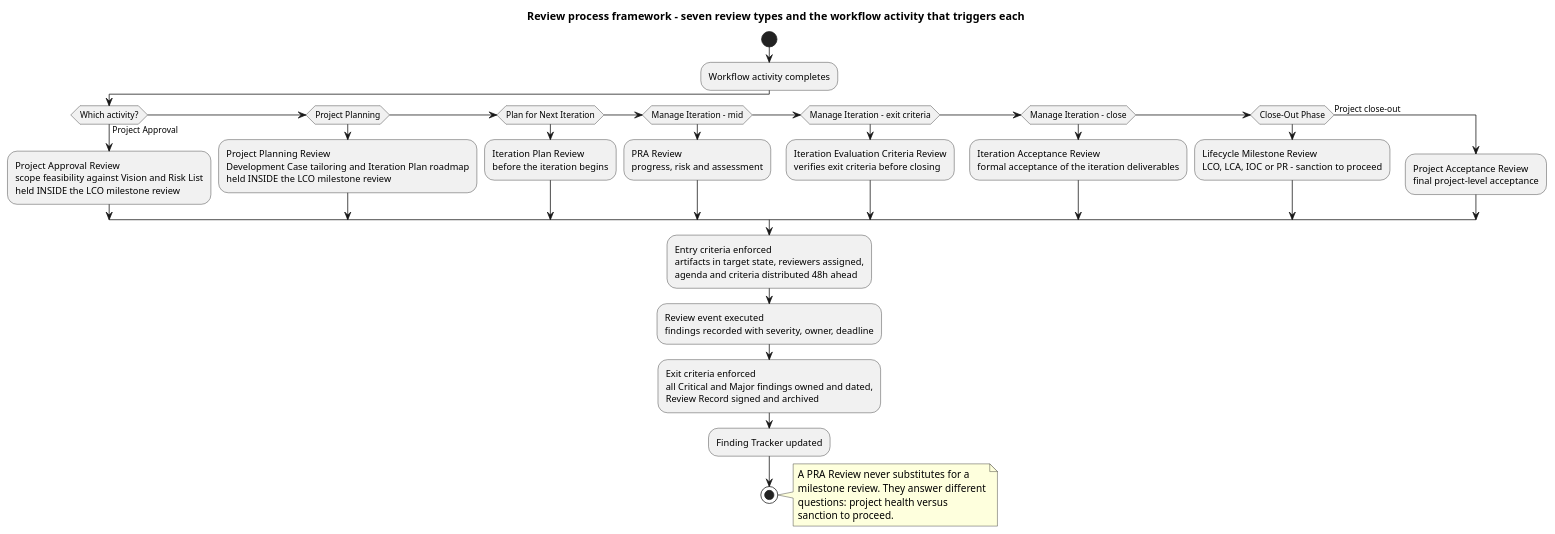
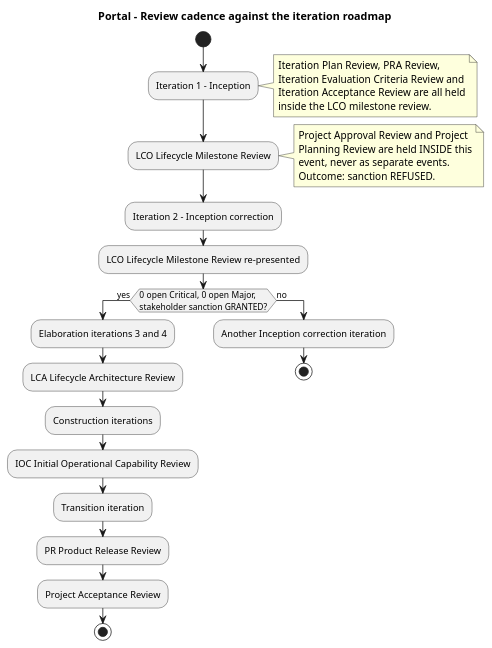
Before and after one commit to banense-test/portal: the fifth of 19 diagrams in docs/artifacts/project-management/review-record.md, drawn with PlantUML. The commit also changed other lines of this file, not shown here.

First line of the commit message:
Review Coordinator [I2]: upsert Review Record

````diff
--- a/docs/artifacts/project-management/review-record.md
+++ b/docs/artifacts/project-management/review-record.md
@@ -282,37 +309,36 @@
 ```plantuml
 @startuml
-title Review process framework - seven review types and the workflow activity that triggers each
+title Portal - Review cadence against the iteration roadmap
 
 start
-:Workflow activity completes;
-if (Which activity?) then (Project Approval)
-  :Project Approval Review\nscope feasibility against Vision and Risk List\nheld INSIDE the LCO milestone review;
-elseif (Project Planning)
-  :Project Planning Review\nDevelopment Case tailoring and Iteration Plan roadmap\nheld INSIDE the LCO milestone review;
-elseif (Plan for Next Iteration)
-  :Iteration Plan Review\nbefore the iteration begins;
-elseif (Manage Iteration - mid)
-  :PRA Review\nprogress, risk and assessment;
-elseif (Manage Iteration - exit criteria)
-  :Iteration Evaluation Criteria Review\nverifies exit criteria before closing;
-elseif (Manage Iteration - close)
-  :Iteration Acceptance Review\nformal acceptance of the iteration deliverables;
-elseif (Close-Out Phase)
-  :Lifecycle Milestone Review\nLCO, LCA, IOC or PR - sanction to proceed;
-else (Project close-out)
-  :Project Acceptance Review\nfinal project-level acceptance;
+:Iteration 1 - Inception;
+note right
+  Iteration Plan Review, PRA Review,
+  Iteration Evaluation Criteria Review and
+  Iteration Acceptance Review are all held
+  inside the LCO milestone review.
+end note
+:LCO Lifecycle Milestone Review;
+note right
+  Project Approval Review and Project
+  Planning Review are held INSIDE this
+  event, never as separate events.
+  Outcome: sanction REFUSED.
+end note
+:Iteration 2 - Inception correction;
+:LCO Lifecycle Milestone Review re-presented;
+if (0 open Critical, 0 open Major,\nstakeholder sanction GRANTED?) then (yes)
+  :Elaboration iterations 3 and 4;
+  :LCA Lifecycle Architecture Review;
+  :Construction iterations;
+  :IOC Initial Operational Capability Review;
+  :Transition iteration;
+  :PR Product Release Review;
+  :Project Acceptance Review;
+  stop
+else (no)
+  :Another Inception correction iteration;
+  stop
 endif
-:Entry criteria enforced\nartifacts in target state, reviewers assigned,\nagenda and criteria distributed 48h ahead;
-:Review event executed\nfindings recorded with severity, owner, deadline;
-:Exit criteria enforced\nall Critical and Major findings owned and dated,\nReview Record signed and archived;
-:Finding Tracker updated;
-stop
-
-note right
-  A PRA Review never substitutes for a
-  milestone review. They answer different
-  questions: project health versus
-  sanction to proceed.
-end note
 @enduml
 ```
````
